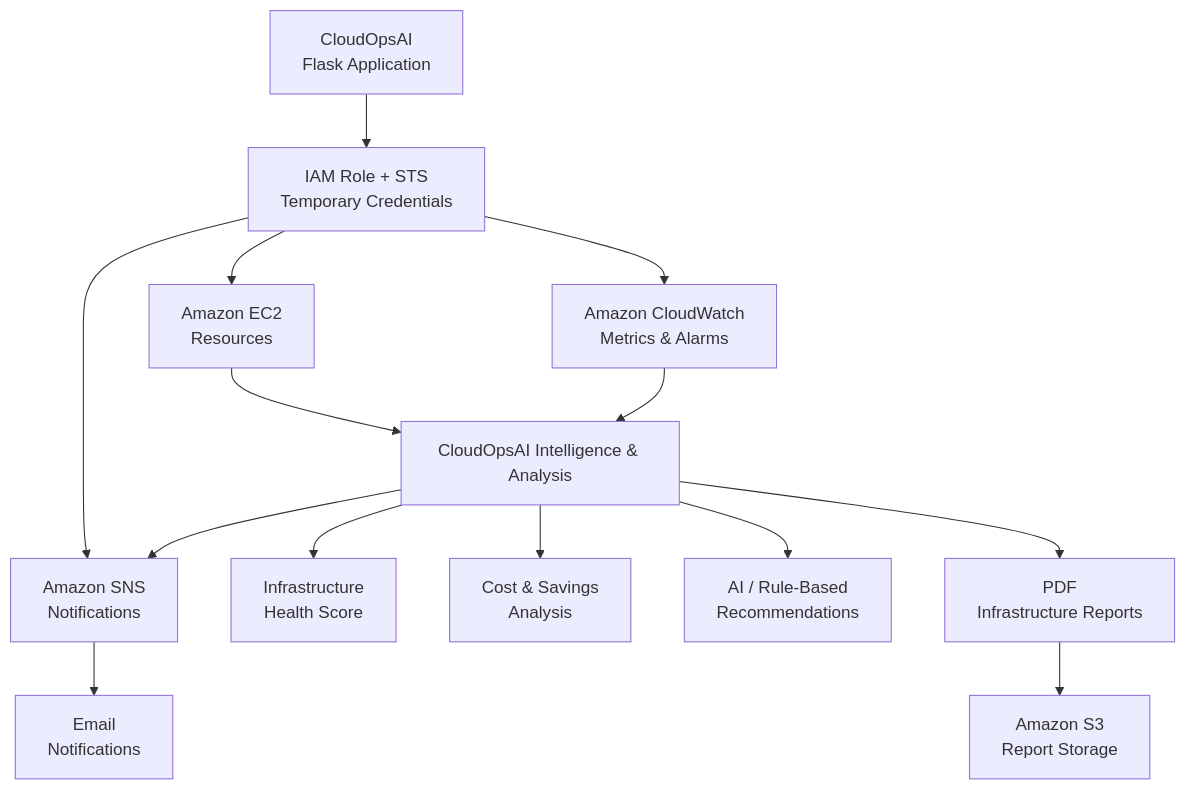
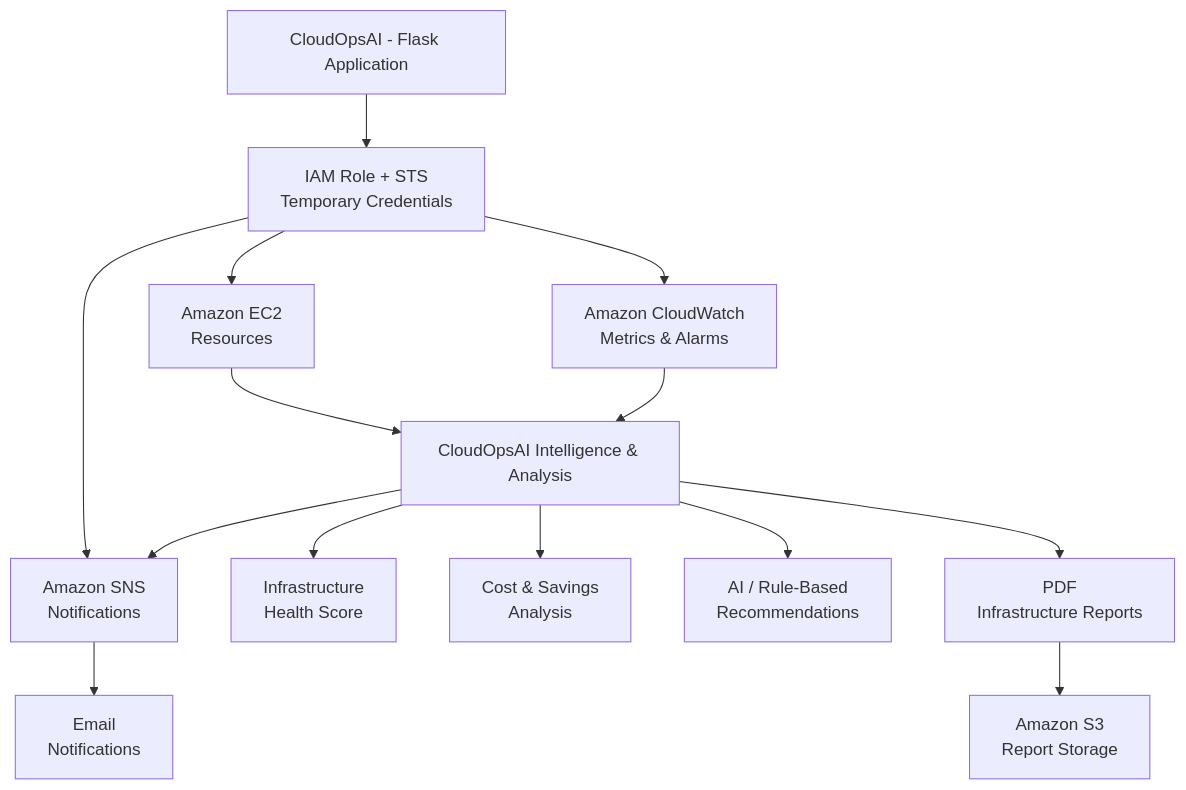
One commit to harishtulasigeri60-netizen/CloudOpsAI changed the diagram in README.md. Above: the diagram before and after it, drawn with Mermaid.

Commit message:
Fix CloudOpsAI architecture entry point

````diff
--- a/README.md
+++ b/README.md
@@ -171,36 +171,36 @@
 ```mermaid
 flowchart TD
-    A["CloudOpsAI<br/>Flask Application"]
+    A["CloudOpsAI - Flask Application"]
     B["IAM Role + STS<br/>Temporary Credentials"]
 
     C["Amazon EC2<br/>Resources"]
     D["Amazon CloudWatch<br/>Metrics & Alarms"]
     E["Amazon SNS<br/>Notifications"]
 
     F["CloudOpsAI Intelligence & Analysis"]
 
     G["Infrastructure<br/>Health Score"]
     H["Cost & Savings<br/>Analysis"]
     I["AI / Rule-Based<br/>Recommendations"]
     J["Email<br/>Notifications"]
 
     K["Amazon S3<br/>Report Storage"]
     L["PDF<br/>Infrastructure Reports"]
 
     A --> B
     B --> C
     B --> D
     B --> E
 
     C --> F
     D --> F
 
     F --> G
     F --> H
     F --> I
     F --> E
 
     E --> J
     F --> L
     L --> K
 ```
````
